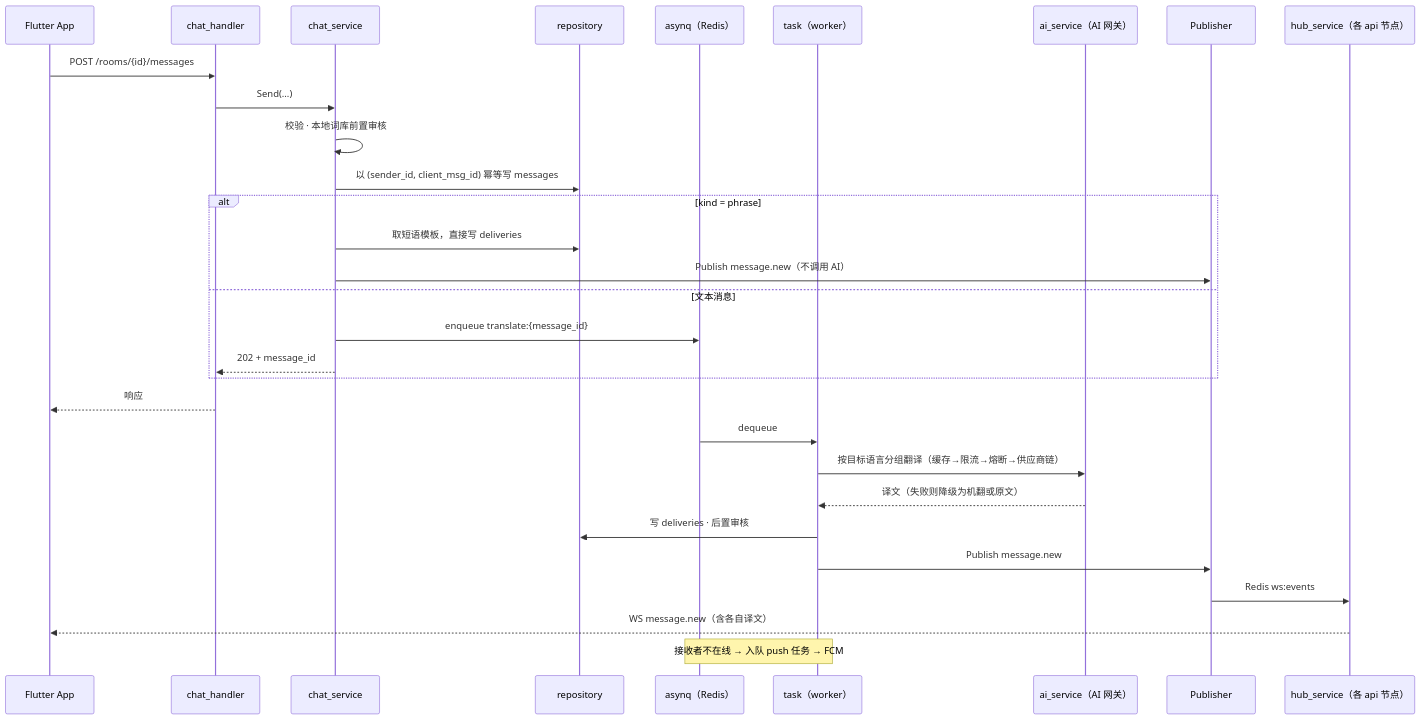
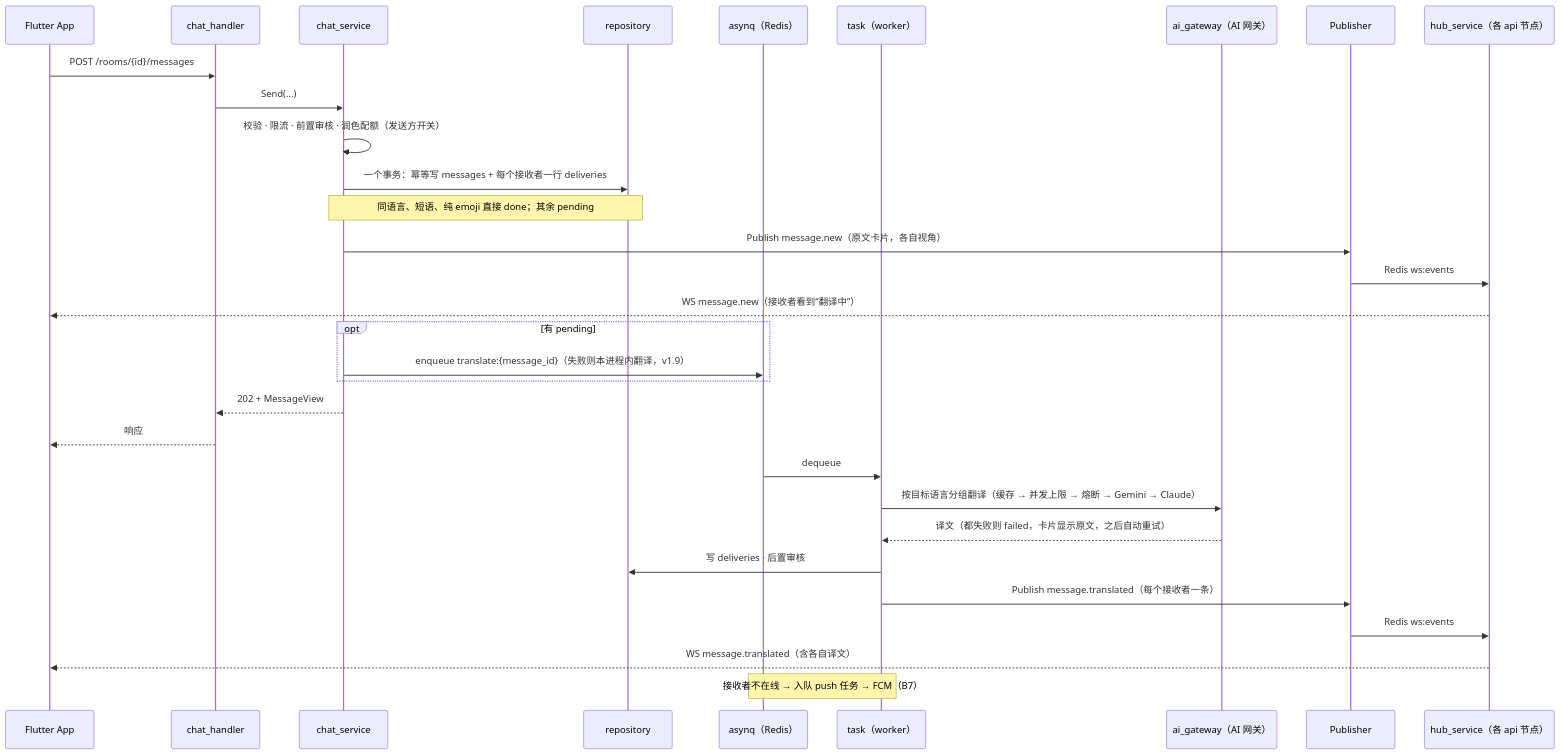
The fourth of 5 diagrams in 后端技术设计文档（TRD）：PetBridge.md (jinheng0301/PetBridge_frontend), drawn with Mermaid before and after one commit. The commit also changed other lines of this file and 1 other file, not shown here.

Commit message:
docs(trd): bump backend TRD to v1.9 for B5 messaging and AI gateway

````diff
--- a/后端技术设计文档（TRD）：PetBridge.md
+++ b/后端技术设计文档（TRD）：PetBridge.md
@@ -254,34 +253,35 @@
 ```mermaid
 sequenceDiagram
     participant C as Flutter App
     participant H as chat_handler
     participant S as chat_service
     participant R as repository
     participant Q as asynq（Redis）
     participant T as task（worker）
-    participant AI as ai_service（AI 网关）
+    participant AI as ai_gateway（AI 网关）
     participant Pub as Publisher
     participant Hub as hub_service（各 api 节点）
 
     C->>H: POST /rooms/{id}/messages
     H->>S: Send(...)
-    S->>S: 校验 · 本地词库前置审核
-    S->>R: 以 (sender_id, client_msg_id) 幂等写 messages
-    alt kind = phrase
-        S->>R: 取短语模板，直接写 deliveries
-        S->>Pub: Publish message.new（不调用 AI）
-    else 文本消息
-        S->>Q: enqueue translate:{message_id}
-        S-->>H: 202 + message_id
+    S->>S: 校验 · 限流 · 前置审核 · 润色配额（发送方开关）
+    S->>R: 一个事务：幂等写 messages + 每个接收者一行 deliveries
+    Note over S,R: 同语言、短语、纯 emoji 直接 done；其余 pending
+    S->>Pub: Publish message.new（原文卡片，各自视角）
+    Pub->>Hub: Redis ws:events
+    Hub-->>C: WS message.new（接收者看到“翻译中”）
+    opt 有 pending
+        S->>Q: enqueue translate:{message_id}（失败则本进程内翻译，v1.9）
     end
+    S-->>H: 202 + MessageView
     H-->>C: 响应
 
     Q->>T: dequeue
-    T->>AI: 按目标语言分组翻译（缓存→限流→熔断→供应商链）
-    AI-->>T: 译文（失败则降级为机翻或原文）
+    T->>AI: 按目标语言分组翻译（缓存 → 并发上限 → 熔断 → Gemini → Claude）
+    AI-->>T: 译文（都失败则 failed，卡片显示原文，之后自动重试）
     T->>R: 写 deliveries · 后置审核
-    T->>Pub: Publish message.new
+    T->>Pub: Publish message.translated（每个接收者一条）
     Pub->>Hub: Redis ws:events
-    Hub-->>C: WS message.new（含各自译文）
-    Note over T,Q: 接收者不在线 → 入队 push 任务 → FCM
+    Hub-->>C: WS message.translated（含各自译文）
+    Note over T,Q: 接收者不在线 → 入队 push 任务 → FCM（B7）
 ```
````
